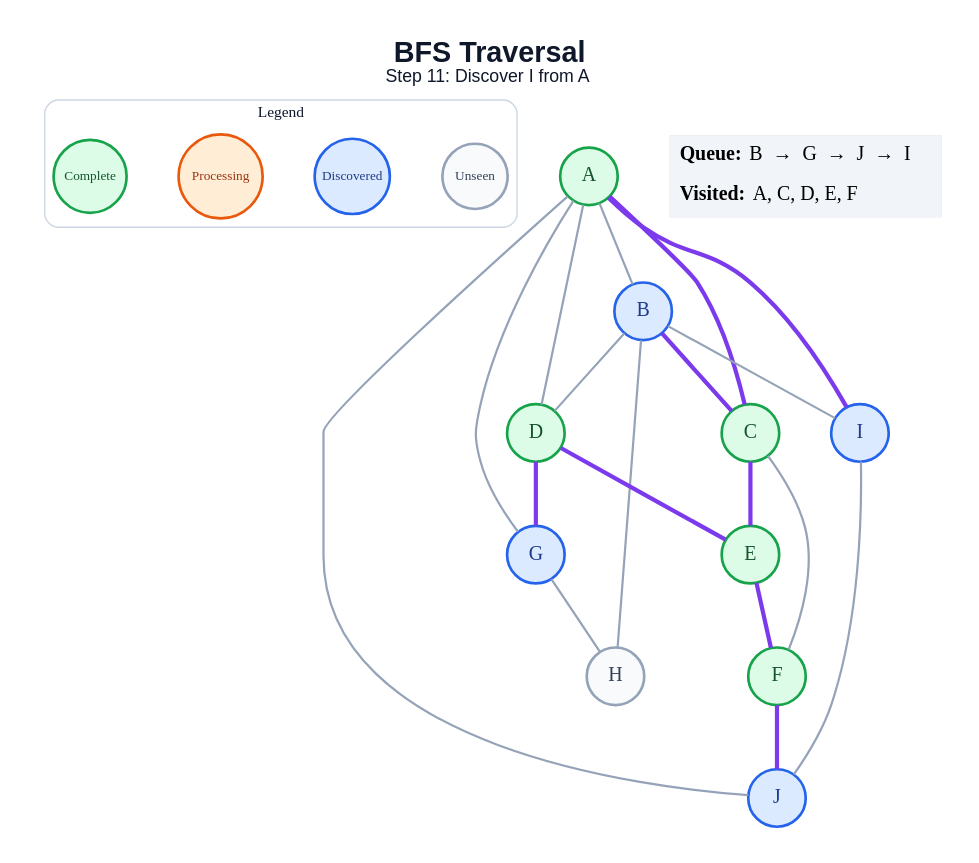
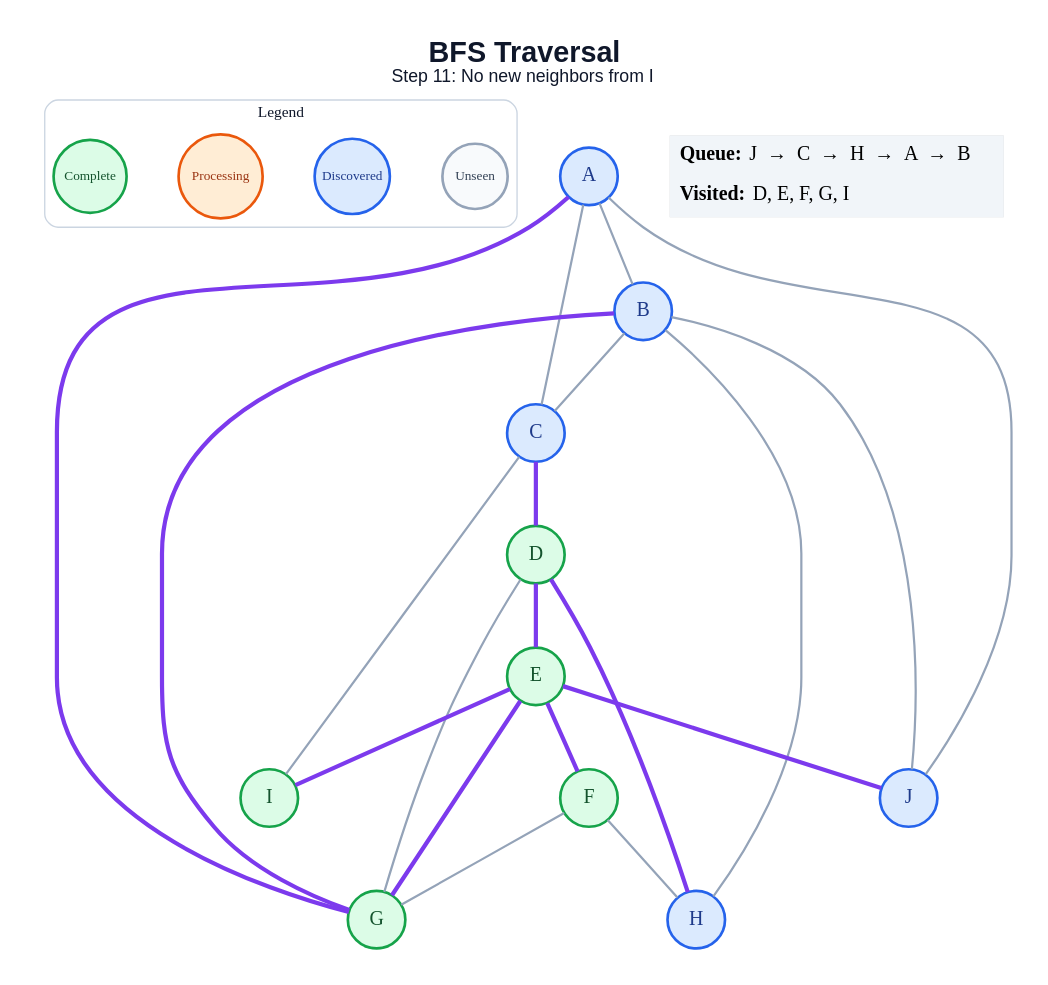
Before and after one commit to amanghodawala9/ai-slop: the diagram in generated/specific-node/bfs/step_11.dot, drawn with Graphviz. The commit also changed 178 other files, not shown here.

```diff
--- a/generated/specific-node/bfs/step_11.dot
+++ b/generated/specific-node/bfs/step_11.dot
@@ -1,47 +1,48 @@
 graph traversal {
   graph [layout=dot, rankdir=TB, bgcolor="#FFFFFF", pad="0.35", nodesep="0.65", ranksep="0.8", fontname="Arial"];
   node [shape=circle, style="filled", fontname="Arial Bold", fontsize=18, width=0.72, fixedsize=true, penwidth=2.4];
   edge [color="#94A3B8", penwidth=2.0];
-  label=<<B>BFS Traversal</B><BR/><FONT POINT-SIZE="16">Step 11: Discover I from A</FONT>>; labelloc="t"; fontsize=26; fontname="Arial"; fontcolor="#0F172A";
+  label=<<B>BFS Traversal</B><BR/><FONT POINT-SIZE="16">Step 11: No new neighbors from I</FONT>>; labelloc="t"; fontsize=26; fontname="Arial"; fontcolor="#0F172A";
   subgraph cluster_legend { label="Legend"; color="#CBD5E1"; penwidth=1.2; style="rounded"; fontsize=14; fontname="Arial Bold";
     key_unseen [label="Unseen", fillcolor="#F8FAFC", color="#94A3B8", fontcolor="#334155", fontsize=12, width=0.82];
     key_frontier [label="Discovered", fillcolor="#DBEAFE", color="#2563EB", fontcolor="#1E3A8A", fontsize=12, width=0.95];
     key_current [label="Processing", fillcolor="#FFEDD5", color="#EA580C", fontcolor="#9A3412", fontsize=12, width=1.05];
     key_done [label="Complete", fillcolor="#DCFCE7", color="#16A34A", fontcolor="#14532D", fontsize=12, width=0.92];
     { rank=same; key_unseen; key_frontier; key_current; key_done; }
   }
-  A [fillcolor="#DCFCE7", color="#16A34A", fontcolor="#14532D"];
+  A [fillcolor="#DBEAFE", color="#2563EB", fontcolor="#1E3A8A"];
   B [fillcolor="#DBEAFE", color="#2563EB", fontcolor="#1E3A8A"];
-  C [fillcolor="#DCFCE7", color="#16A34A", fontcolor="#14532D"];
+  C [fillcolor="#DBEAFE", color="#2563EB", fontcolor="#1E3A8A"];
   D [fillcolor="#DCFCE7", color="#16A34A", fontcolor="#14532D"];
   E [fillcolor="#DCFCE7", color="#16A34A", fontcolor="#14532D"];
   F [fillcolor="#DCFCE7", color="#16A34A", fontcolor="#14532D"];
-  G [fillcolor="#DBEAFE", color="#2563EB", fontcolor="#1E3A8A"];
-  H [fillcolor="#F8FAFC", color="#94A3B8", fontcolor="#334155"];
-  I [fillcolor="#DBEAFE", color="#2563EB", fontcolor="#1E3A8A"];
+  G [fillcolor="#DCFCE7", color="#16A34A", fontcolor="#14532D"];
+  H [fillcolor="#DBEAFE", color="#2563EB", fontcolor="#1E3A8A"];
+  I [fillcolor="#DCFCE7", color="#16A34A", fontcolor="#14532D"];
   J [fillcolor="#DBEAFE", color="#2563EB", fontcolor="#1E3A8A"];
   A -- B;
-  A -- C [color="#7C3AED", penwidth=3.8];
-  A -- D;
-  A -- G;
-  A -- I [color="#7C3AED", penwidth=3.8];
+  A -- C;
+  A -- G [color="#7C3AED", penwidth=3.8];
   A -- J;
-  B -- C [color="#7C3AED", penwidth=3.8];
-  B -- D;
+  B -- C;
+  B -- G [color="#7C3AED", penwidth=3.8];
   B -- H;
-  B -- I;
-  C -- E [color="#7C3AED", penwidth=3.8];
-  C -- F;
+  B -- J;
+  C -- D [color="#7C3AED", penwidth=3.8];
+  C -- I;
   D -- E [color="#7C3AED", penwidth=3.8];
-  D -- G [color="#7C3AED", penwidth=3.8];
+  D -- G;
+  D -- H [color="#7C3AED", penwidth=3.8];
   E -- F [color="#7C3AED", penwidth=3.8];
-  F -- J [color="#7C3AED", penwidth=3.8];
-  G -- H;
-  I -- J;
+  E -- G [color="#7C3AED", penwidth=3.8];
+  E -- I [color="#7C3AED", penwidth=3.8];
+  E -- J [color="#7C3AED", penwidth=3.8];
+  F -- G;
+  F -- H;
   status [shape=plain, fixedsize=false, width=0, height=0, margin=0, label=<
     <TABLE BORDER="0" CELLBORDER="0" CELLPADDING="7" BGCOLOR="#F1F5F9">
-      <TR><TD ALIGN="LEFT"><B>Queue:</B> B  →  G  →  J  →  I</TD></TR>
-      <TR><TD ALIGN="LEFT"><B>Visited:</B> A, C, D, E, F</TD></TR>
+      <TR><TD ALIGN="LEFT"><B>Queue:</B> J  →  C  →  H  →  A  →  B</TD></TR>
+      <TR><TD ALIGN="LEFT"><B>Visited:</B> D, E, F, G, I</TD></TR>
     </TABLE>
   >];
 }
```
